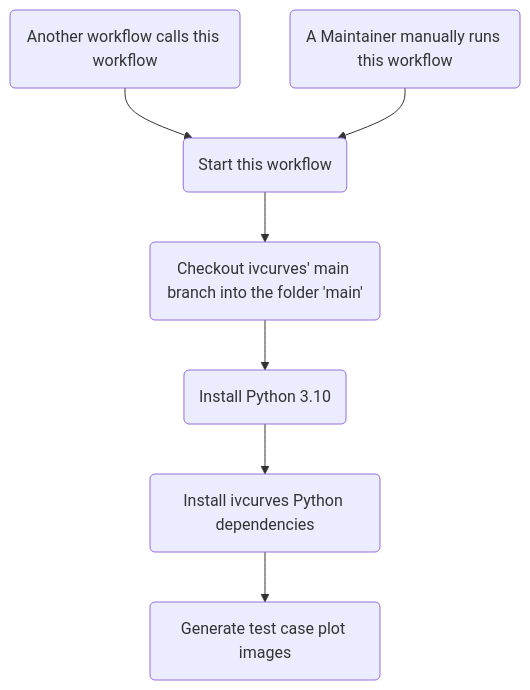
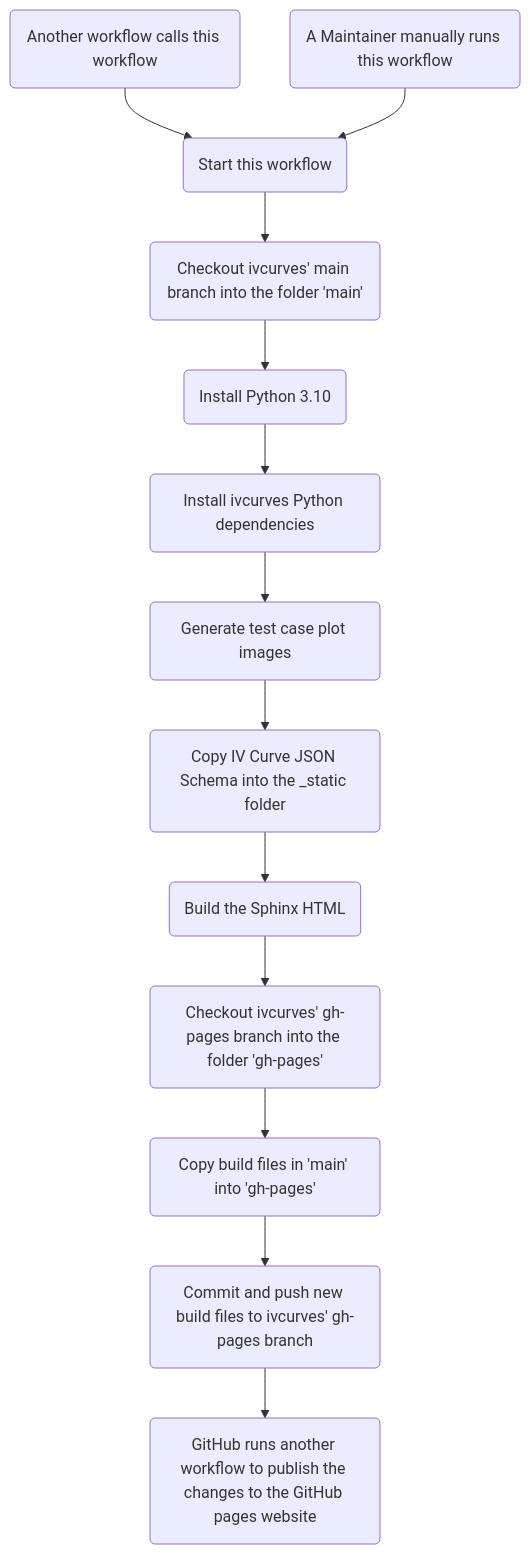
Before and after one commit to reepoi/ivcurves: the diagram in docs/sphinx/source/reference/github_workflows/build_sphinx_docs.rst, drawn with Mermaid. The commit also changed 1 other file, not shown here.

Commit message:
fixing merge

```diff
--- a/docs/sphinx/source/reference/github_workflows/build_sphinx_docs.rst
+++ b/docs/sphinx/source/reference/github_workflows/build_sphinx_docs.rst
@@ -4,10 +4,21 @@
 .. mermaid::
 
    flowchart
    CalledByAnotherWorkflow(Another workflow calls this workflow) --> StartWorkflow(Start this workflow)
    CalledByMaintainer(A Maintainer manually runs this workflow) --> StartWorkflow
 
    StartWorkflow --> CheckoutMain(Checkout ivcurves' main branch into the folder 'main')
    CheckoutMain --> InstallPython310(Install Python 3.10)
    InstallPython310 --> InstallIVCurvesDependencies(Install ivcurves Python dependencies)
    InstallIVCurvesDependencies --> GenerateTestCasePlotImages(Generate test case plot images)
+
+   GenerateTestCasePlotImages --> CopyIntoStaticFiles(Copy IV Curve JSON Schema into the _static folder)
+   CopyIntoStaticFiles --> BuildSphinx(Build the Sphinx HTML)
+
+   BuildSphinx --> CheckoutGHPages(Checkout ivcurves' gh-pages branch into the folder 'gh-pages')
+
+   CheckoutGHPages --> CopyBuildFiles(Copy build files in 'main' into 'gh-pages')
+
+   CopyBuildFiles --> CommitNewBuild(Commit and push new build files to ivcurves' gh-pages branch)
+
+   CommitNewBuild --> PublishGHPages(GitHub runs another workflow to publish the changes to the GitHub pages website)
```
